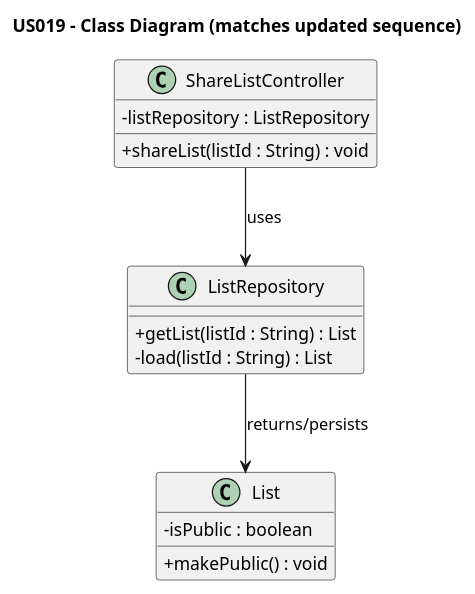
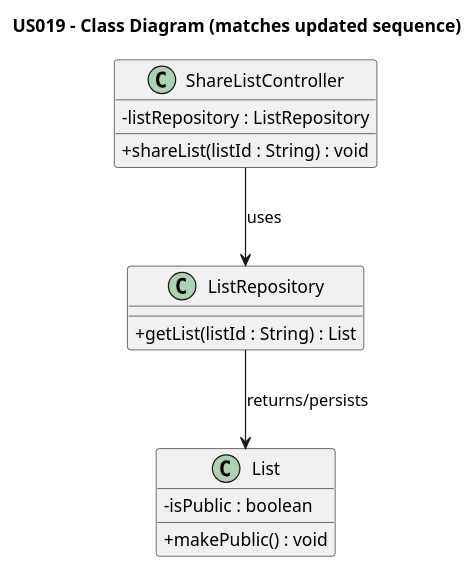
Before and after one commit to AndrePereiraGitH/SWitCH-Project-Team_A: the diagram in Diagrams/ClassDiagrams/US019-to-publicly-share-a-list.puml, drawn with PlantUML. The commit also changed 2 other files, not shown here.

Commit message:
Updated #41 and #42 diagrams

```diff
--- a/Diagrams/ClassDiagrams/US019-to-publicly-share-a-list.puml
+++ b/Diagrams/ClassDiagrams/US019-to-publicly-share-a-list.puml
@@ -1,24 +1,23 @@
 @startuml
 skinparam classAttributeIconSize 0
 
 title US019 - Class Diagram (matches updated sequence)
 
 class ShareListController {
   -listRepository : ListRepository
   +shareList(listId : String) : void
 }
 
 class ListRepository {
   +getList(listId : String) : List
-  -load(listId : String) : List
 }
 
 class List {
   -isPublic : boolean
   +makePublic() : void
 }
 
 ShareListController --> ListRepository : uses
 ListRepository --> List : returns/persists
 
 @enduml
```
